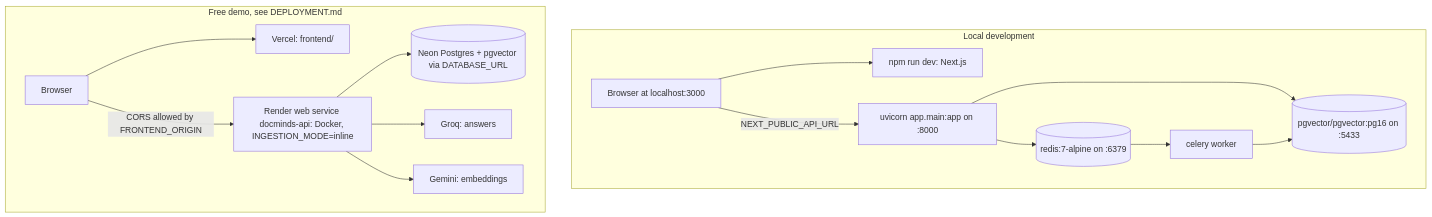
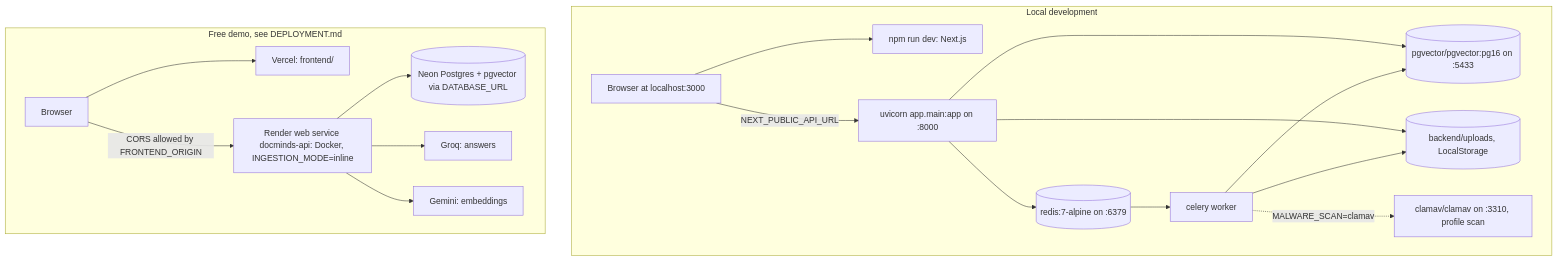
Before and after one commit to dhanoliya-ji/DOCMINDS: diagram 15 of 15 in docs/ARCHITECTURE.md, drawn with Mermaid. The commit also changed other lines of this file and 35 other files, not shown here.

````diff
--- a/docs/ARCHITECTURE.md
+++ b/docs/ARCHITECTURE.md
@@ -789,18 +898,21 @@
 ```mermaid
 flowchart TB
     subgraph LOCAL["Local development"]
         LBROWSER["Browser at localhost:3000"] --> LNEXT["npm run dev: Next.js"]
         LBROWSER -->|"NEXT_PUBLIC_API_URL"| LAPI["uvicorn app.main:app on :8000"]
         LAPI --> LREDIS[("redis:7-alpine on :6379")]
         LREDIS --> LWORKER["celery worker"]
         LAPI --> LPG[("pgvector/pgvector:pg16 on :5433")]
         LWORKER --> LPG
+        LAPI --> LFILES[("backend/uploads, LocalStorage")]
+        LWORKER --> LFILES
+        LWORKER -.->|"MALWARE_SCAN=clamav"| LCLAM["clamav/clamav on :3310, profile scan"]
     end
     subgraph DEMO["Free demo, see DEPLOYMENT.md"]
         DBROWSER["Browser"] --> VERCEL["Vercel: frontend/"]
         DBROWSER -->|"CORS allowed by FRONTEND_ORIGIN"| RENDER["Render web service docminds-api: Docker, INGESTION_MODE=inline"]
         RENDER --> NEON[("Neon Postgres + pgvector via DATABASE_URL")]
         RENDER --> DGROQ["Groq: answers"]
         RENDER --> GEMINI["Gemini: embeddings"]
     end
 ```
````
